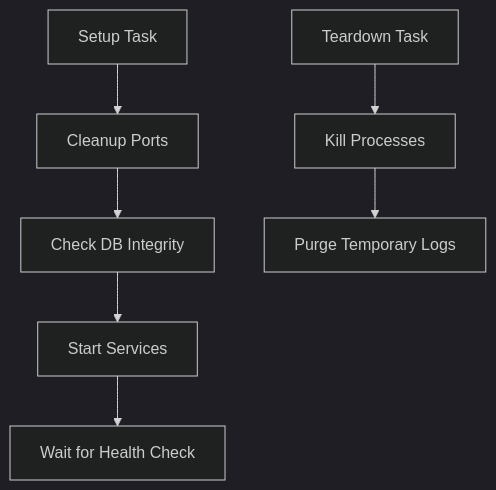
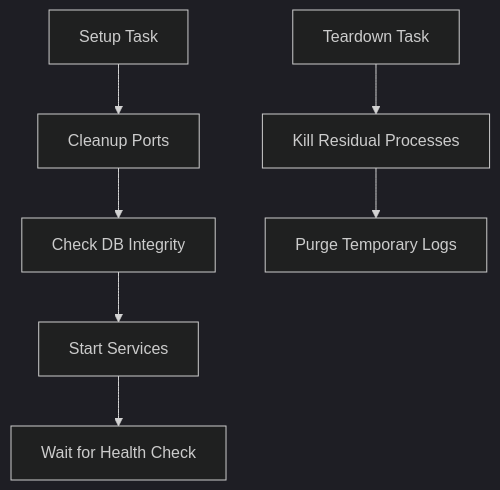
The diagram in environment-health-check/README.md (carlos-camara/qa-hub-actions), drawn with Mermaid (dark theme) before and after one commit. The commit also changed other lines of this file and 20 other files, not shown here.

````diff
--- a/environment-health-check/README.md
+++ b/environment-health-check/README.md
@@ -54,10 +18,10 @@
 ```mermaid
 graph TD
     A[Setup Task] --> B[Cleanup Ports]
     B --> C[Check DB Integrity]
     C --> D[Start Services]
     D --> E[Wait for Health Check]
     
-    F[Teardown Task] --> G[Kill Processes]
+    F[Teardown Task] --> G[Kill Residual Processes]
     G --> H[Purge Temporary Logs]
 ```
````
